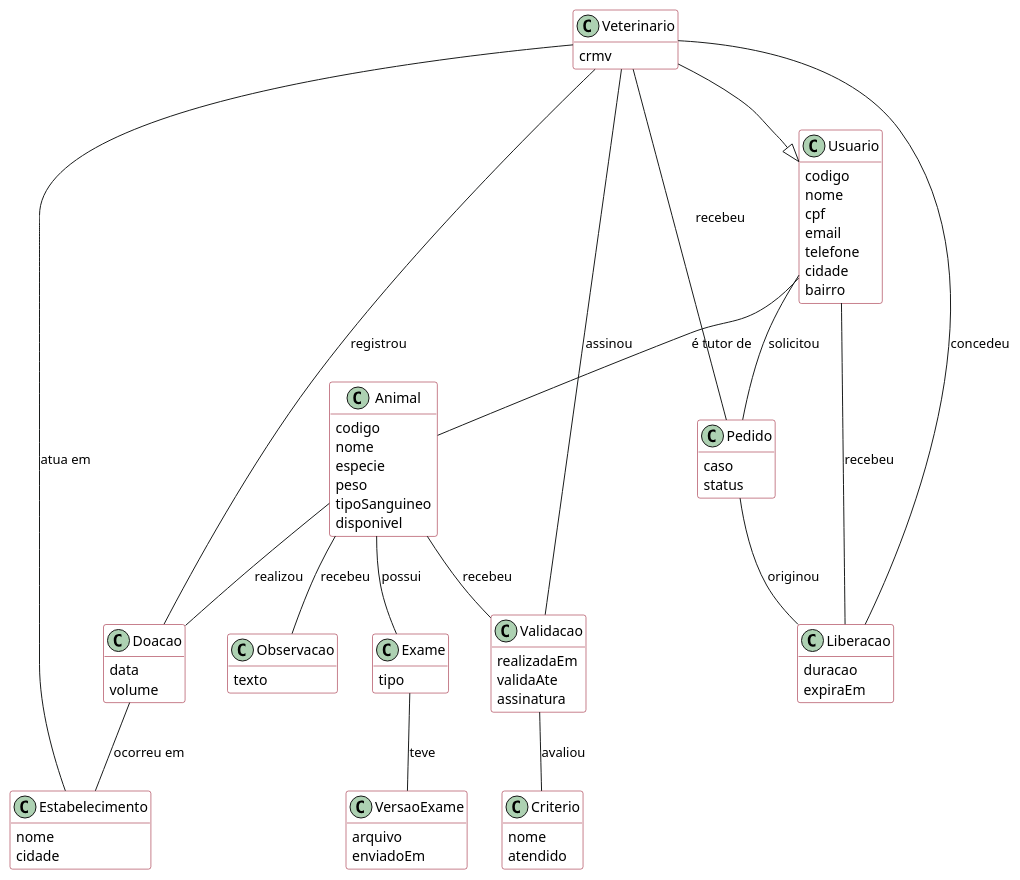
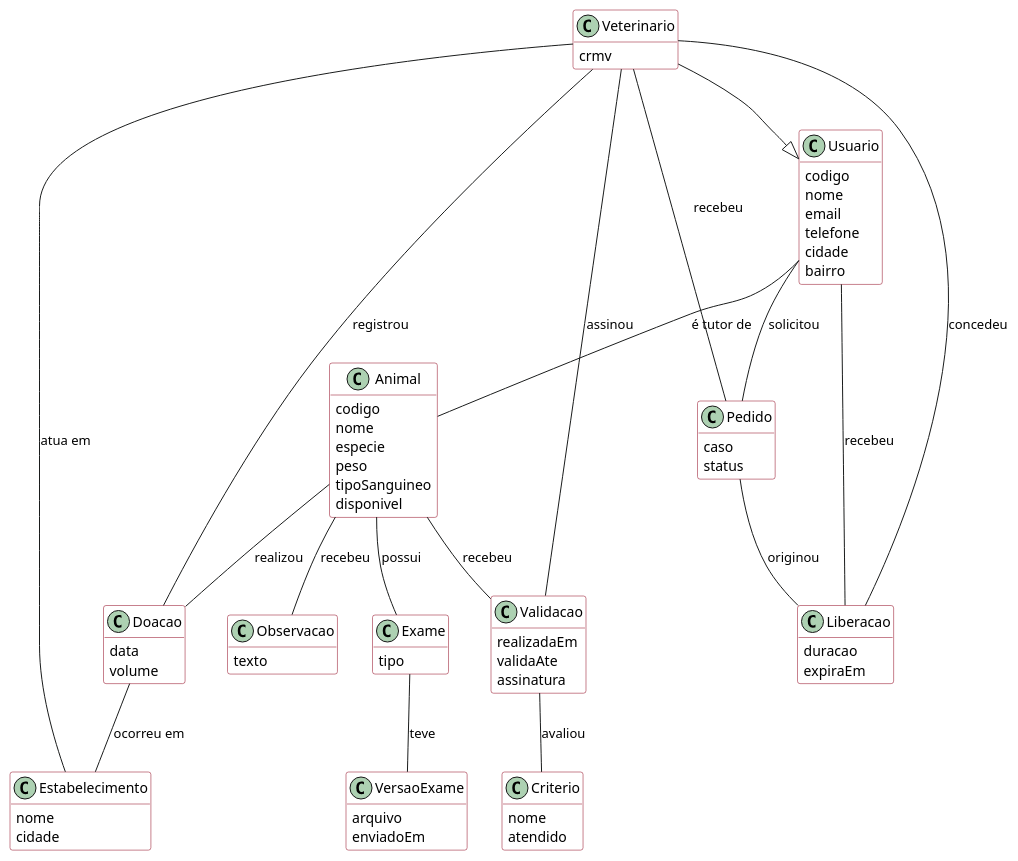
The ninth of 9 diagrams in docs/concepcao/diagramas.puml (DelgadoLSD/UFVet), drawn with PlantUML before and after one commit. The commit also changed 44 other files, not shown here.

```diff
--- a/docs/concepcao/diagramas.puml
+++ b/docs/concepcao/diagramas.puml
@@ -245,96 +245,95 @@
 @startuml 09-modelo-conceitual-preliminar
 skinparam shadowing false
 skinparam classAttributeIconSize 0
 skinparam class {
   BackgroundColor #FFFFFF
   BorderColor #8E001B
   ArrowColor #1A1C1C
 }
 hide methods
 
 class Usuario {
   codigo
   nome
-  cpf
   email
   telefone
   cidade
   bairro
 }
 
 class Veterinario {
   crmv
 }
 
 class Estabelecimento {
   nome
   cidade
 }
 
 class Animal {
   codigo
   nome
   especie
   peso
   tipoSanguineo
   disponivel
 }
 
 class Exame {
   tipo
 }
 
 class VersaoExame {
   arquivo
   enviadoEm
 }
 
 class Validacao {
   realizadaEm
   validaAte
   assinatura
 }
 
 class Criterio {
   nome
   atendido
 }
 
 class Observacao {
   texto
 }
 
 class Doacao {
   data
   volume
 }
 
 class Pedido {
   caso
   status
 }
 
 class Liberacao {
   duracao
   expiraEm
 }
 
 Veterinario --|> Usuario
 
 Usuario -- Animal : é tutor de
 Veterinario -- Estabelecimento : atua em
 Animal -- Exame : possui
 Exame -- VersaoExame : teve
 Animal -- Validacao : recebeu
 Validacao -- Criterio : avaliou
 Veterinario -- Validacao : assinou
 Animal -- Observacao : recebeu
 Animal -- Doacao : realizou
 Doacao -- Estabelecimento : ocorreu em
 Veterinario -- Doacao : registrou
 Usuario -- Pedido : solicitou
 Veterinario -- Pedido : recebeu
 Veterinario -- Liberacao : concedeu
 Usuario -- Liberacao : recebeu
 Pedido -- Liberacao : originou
 @enduml
```
